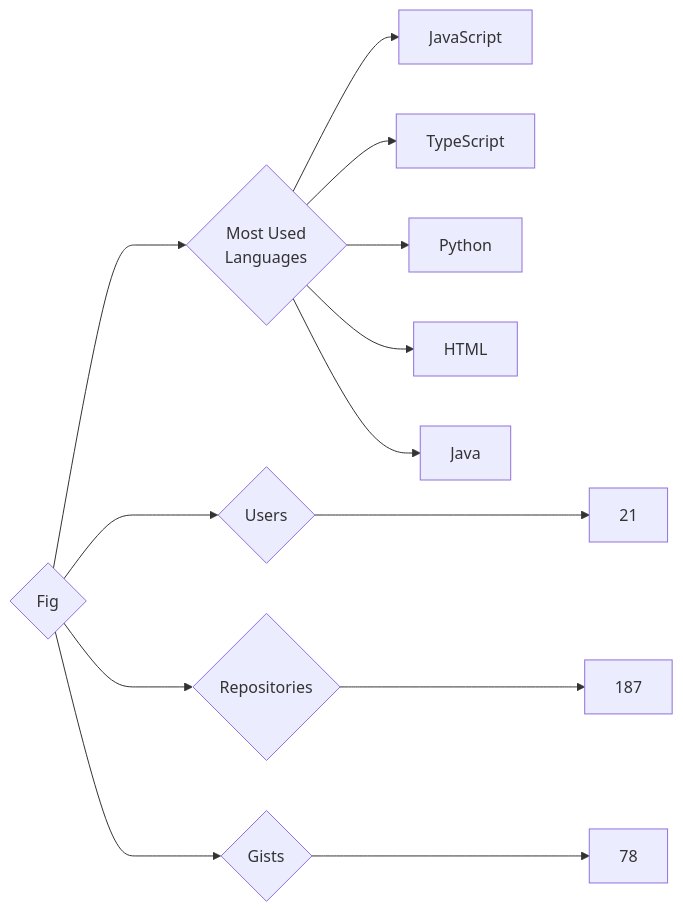
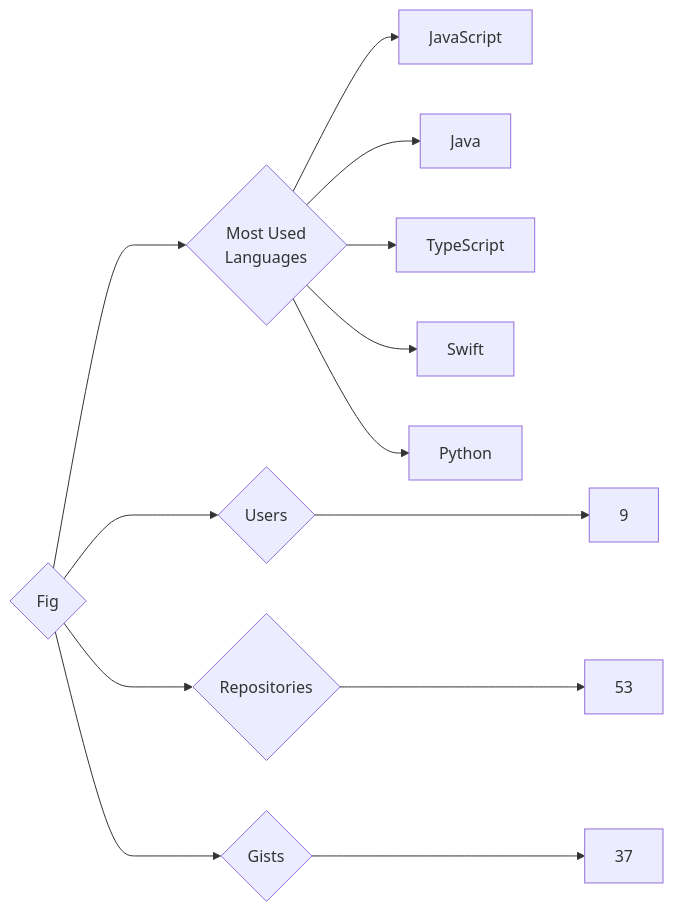
One commit to trickest/insiders changed the diagram in targets/Fig/README.md. Above: the diagram before and after it, drawn with Mermaid. The commit also changed 639 other files, not shown here.

````diff
--- a/targets/Fig/README.md
+++ b/targets/Fig/README.md
@@ -3,13 +3,13 @@
 ```mermaid
 graph LR
 COMPANY_NAME{Fig}
-COMPANY_NAME ---> U{Users} ---> UN[21]
-COMPANY_NAME ---> R{Repositories} ---> RN[187]
-COMPANY_NAME ---> G{Gists} ---> GN[78]
+COMPANY_NAME ---> U{Users} ---> UN[9]
+COMPANY_NAME ---> R{Repositories} ---> RN[53]
+COMPANY_NAME ---> G{Gists} ---> GN[37]
 COMPANY_NAME ---> ML{Most Used<br>Languages}
 ML --> JavaScript[JavaScript]
+ML --> Java[Java]
 ML --> TypeScript[TypeScript]
+ML --> Swift[Swift]
 ML --> Python[Python]
-ML --> HTML[HTML]
-ML --> Java[Java]
 ```
````
